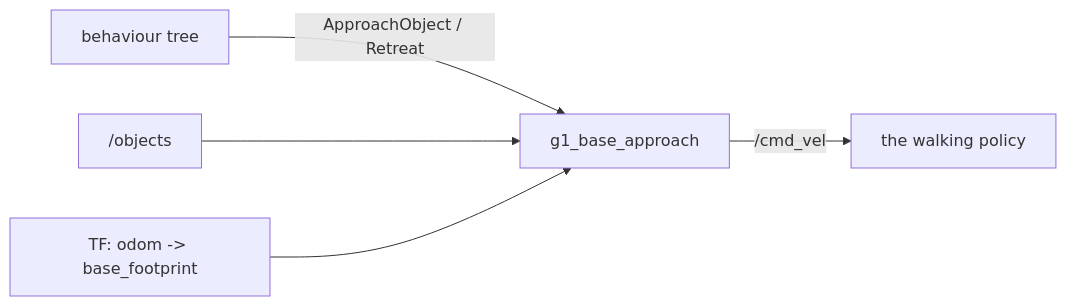
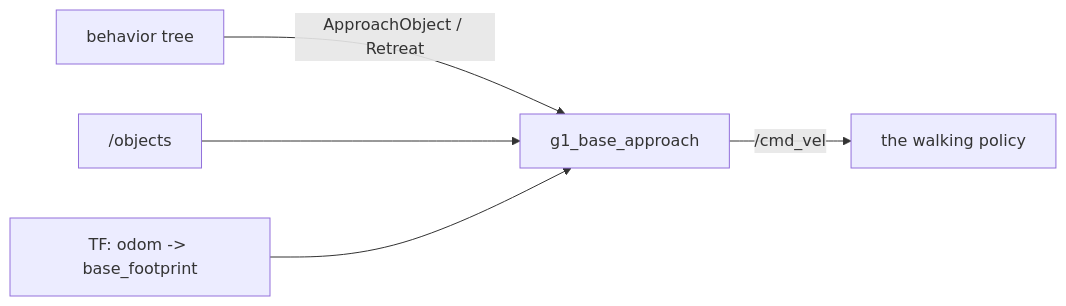
The diagram in workspace/src/g1_locomotion/README.md (Adyansh04/grove-g1), drawn with Mermaid before and after one commit. The commit also changed other lines of this file and 20 other files, not shown here.

Commit message:
Refresh the READMEs and the architecture diagram for the lowcmd stack

````diff
--- a/workspace/src/g1_locomotion/README.md
+++ b/workspace/src/g1_locomotion/README.md
@@ -9,7 +8,7 @@
 ```mermaid
 flowchart LR
-    BT["behaviour tree"] -- "ApproachObject / Retreat" --> BA["g1_base_approach"]
+    BT["behavior tree"] -- "ApproachObject / Retreat" --> BA["g1_base_approach"]
     OBJ["/objects"] --> BA
     TF["TF: odom -> base_footprint"] --> BA
     BA -- "/cmd_vel" --> POL["the walking policy"]
 ```
````
